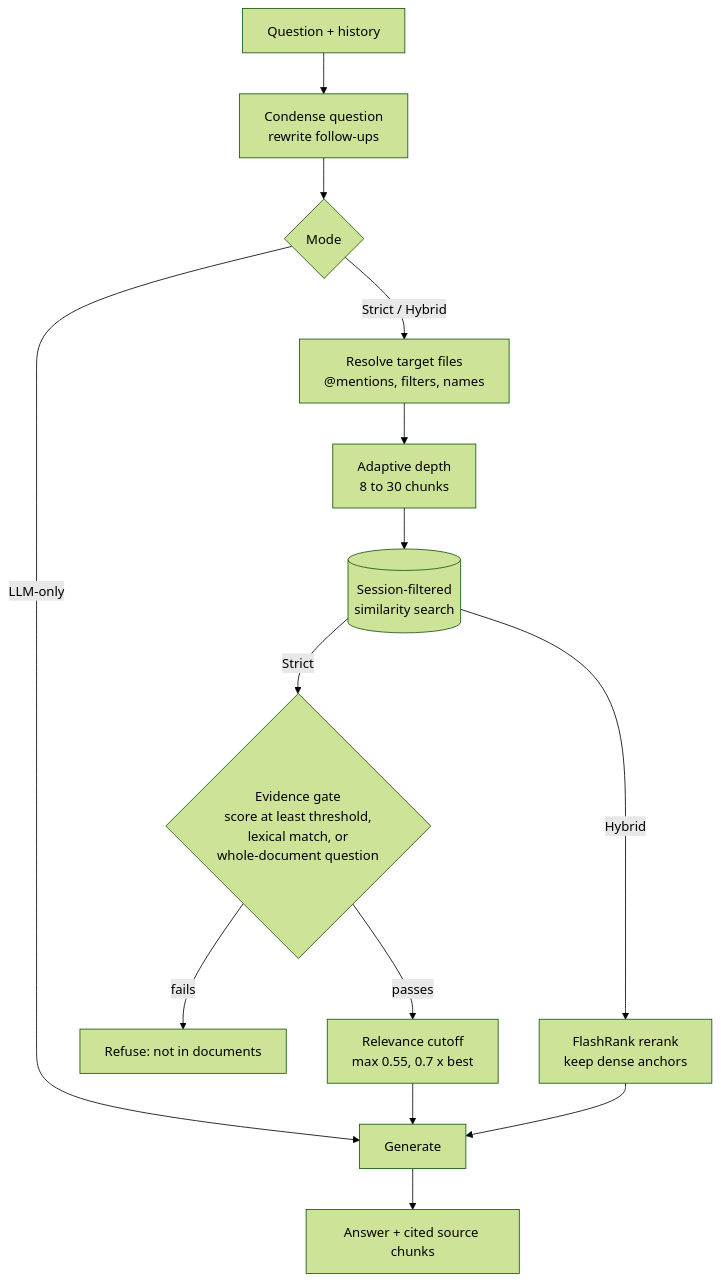
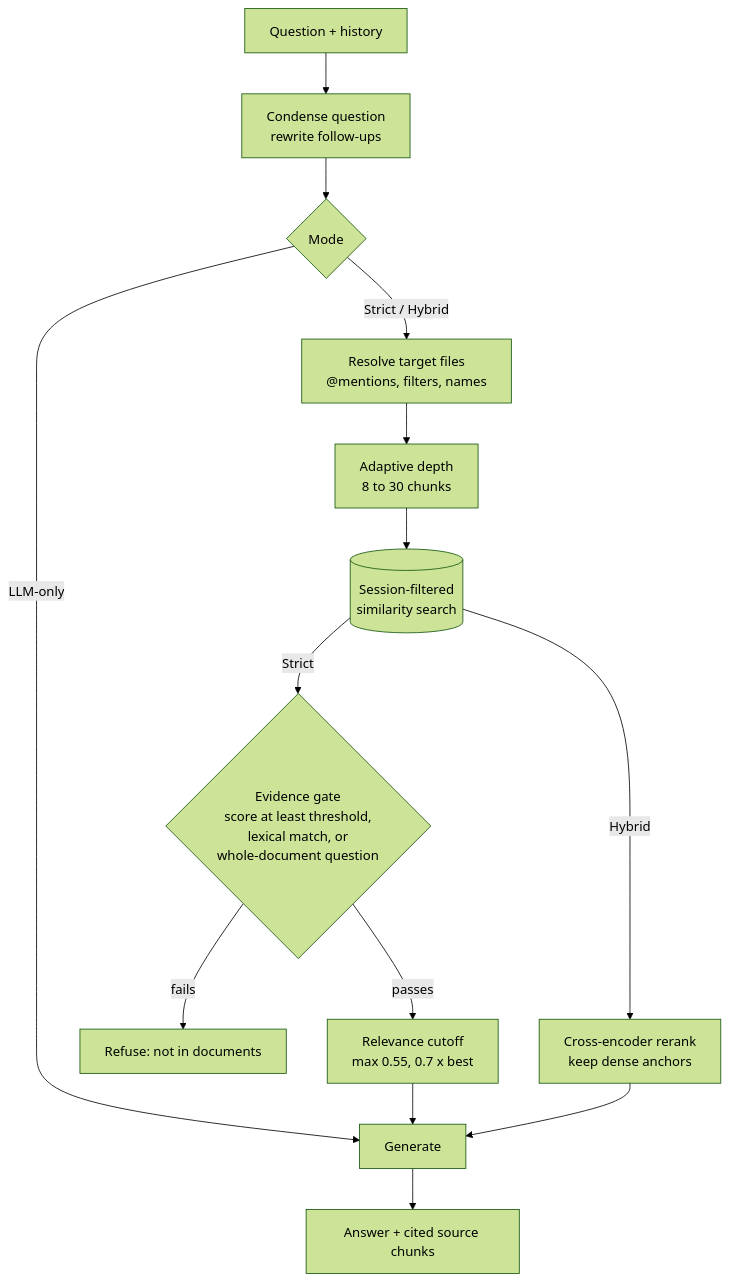
The second of 2 diagrams in DATA.md (Pooria82/ParsRAG), drawn with Mermaid (forest theme) before and after one commit. The commit also changed other lines of this file and 12 other files, not shown here.

First line of the commit message:
fix(rag): rerank Hybrid candidates with a Persian-capable cross-encoder

````diff
--- a/DATA.md
+++ b/DATA.md
@@ -115,16 +115,16 @@
 ```mermaid
 flowchart TB
     Q[Question + history] --> CQ[Condense question<br>rewrite follow-ups]
     CQ --> M{Mode}
     M -->|LLM-only| G[Generate]
     M -->|Strict / Hybrid| F[Resolve target files<br>@mentions, filters, names]
     F --> D[Adaptive depth<br>8 to 30 chunks]
     D --> S[(Session-filtered<br>similarity search)]
     S -->|Strict| T{Evidence gate<br>score at least threshold,<br>lexical match, or<br>whole-document question}
     T -->|fails| N[Refuse: not in documents]
     T -->|passes| X[Relevance cutoff<br>max 0.55, 0.7 x best]
-    S -->|Hybrid| R[FlashRank rerank<br>keep dense anchors]
+    S -->|Hybrid| R[Cross-encoder rerank<br>keep dense anchors]
     X --> G
     R --> G
     G --> A[Answer + cited source chunks]
 ```
````
